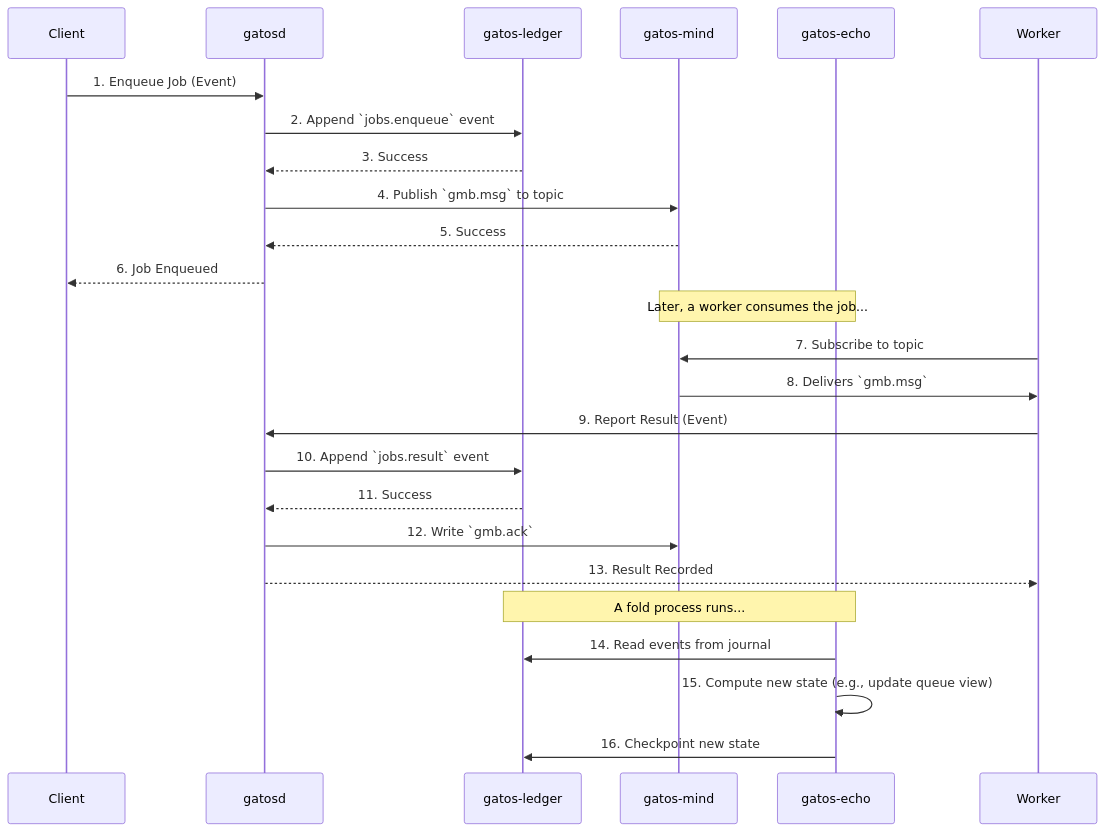
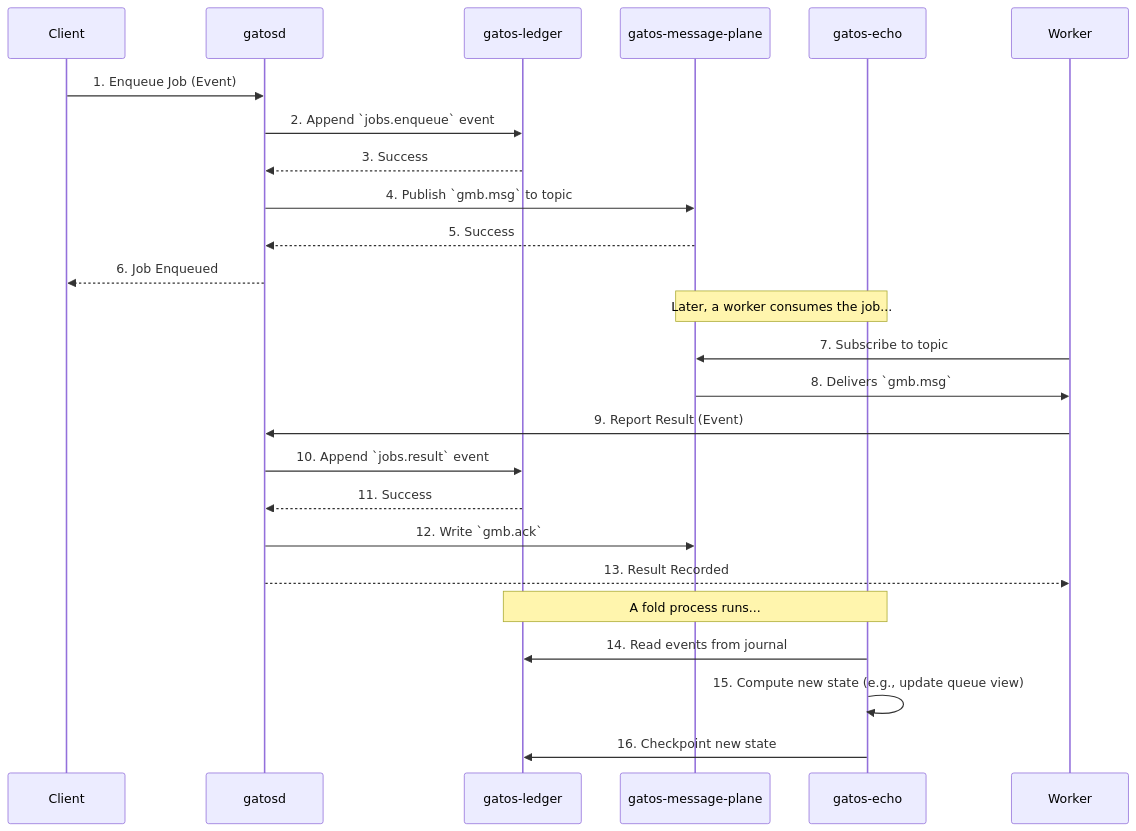
Before and after one commit to flyingrobots/gatos: the diagram in docs/diagrams/data_flow.md, drawn with Mermaid. The commit also changed 48 other files, not shown here.

````diff
--- a/docs/diagrams/data_flow.md
+++ b/docs/diagrams/data_flow.md
@@ -11,31 +11,31 @@
 ```mermaid
 sequenceDiagram
     participant Client
     participant Daemon as gatosd
     participant Ledger as gatos-ledger
-    participant Bus as gatos-mind
+    participant Bus as gatos-message-plane
     participant State as gatos-echo
 
     Client->>Daemon: 1. Enqueue Job (Event)
     Daemon->>Ledger: 2. Append `jobs.enqueue` event
     Ledger-->>Daemon: 3. Success
     Daemon->>Bus: 4. Publish `gmb.msg` to topic
     Bus-->>Daemon: 5. Success
     Daemon-->>Client: 6. Job Enqueued
 
     Note over Bus,State: Later, a worker consumes the job...
 
     participant Worker
     Worker->>Bus: 7. Subscribe to topic
     Bus->>Worker: 8. Delivers `gmb.msg`
     Worker->>Daemon: 9. Report Result (Event)
     Daemon->>Ledger: 10. Append `jobs.result` event
     Ledger-->>Daemon: 11. Success
     Daemon->>Bus: 12. Write `gmb.ack`
     Daemon-->>Worker: 13. Result Recorded
 
     Note over Ledger,State: A fold process runs...
     State->>Ledger: 14. Read events from journal
     State->>State: 15. Compute new state (e.g., update queue view)
     State->>Ledger: 16. Checkpoint new state
 ```
````
